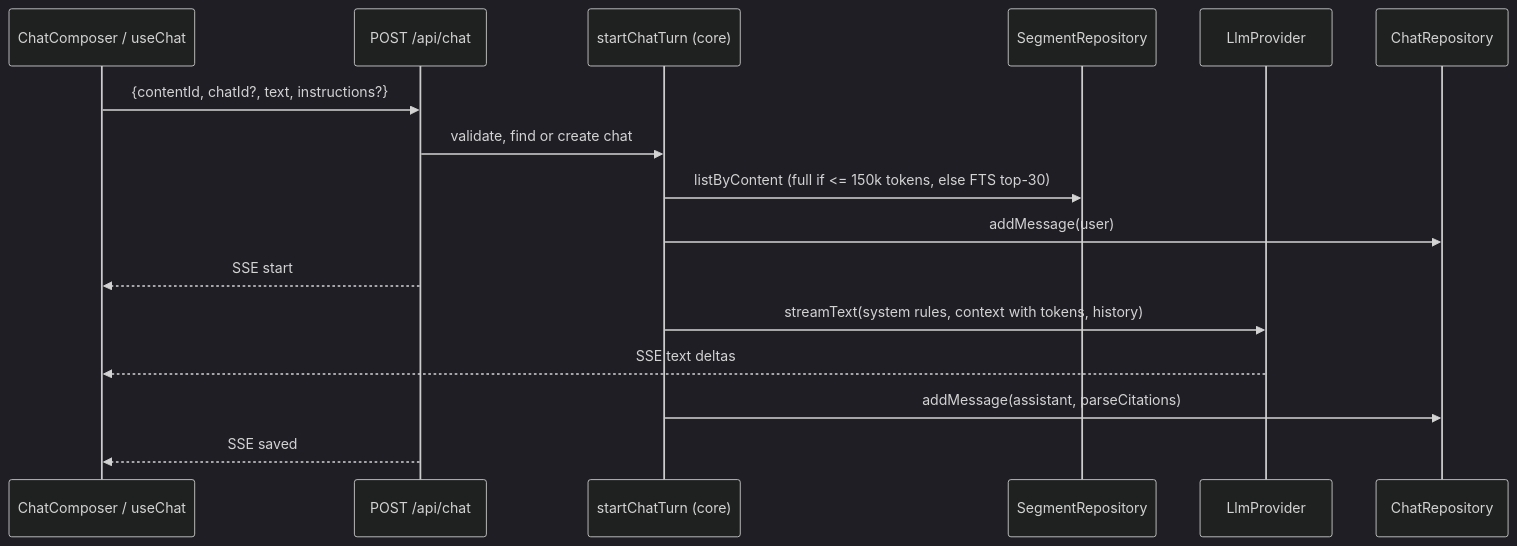
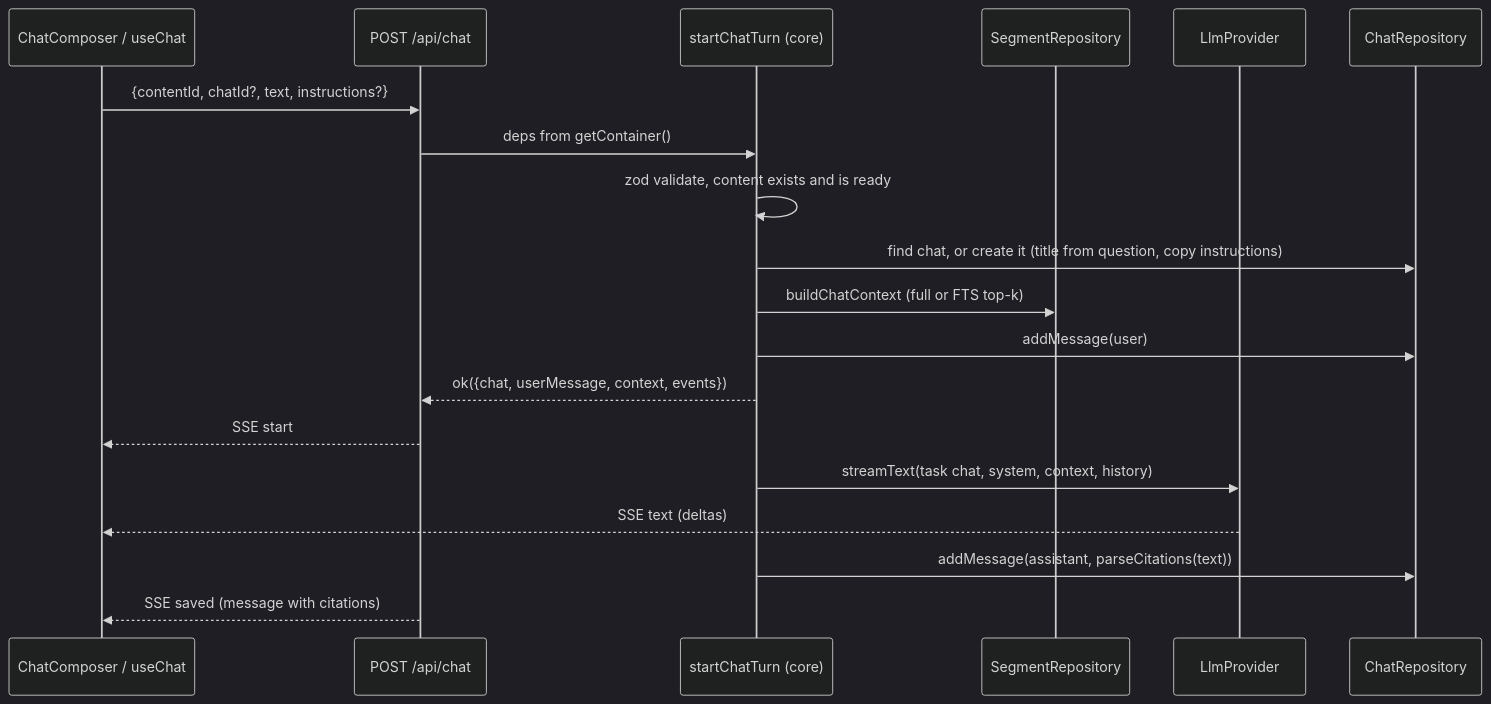
Before and after one commit to huannguyen2114/thoth: the third of 4 diagrams in docs/technical_design/07-content-page-and-chat.md, drawn with Mermaid (dark theme). The commit also changed other lines of this file and 1 other file, not shown here.

First line of the commit message:
fix(content): stop mobile overflow on the content page; complete design doc 07

````diff
--- a/docs/technical_design/07-content-page-and-chat.md
+++ b/docs/technical_design/07-content-page-and-chat.md
@@ -22,18 +89,21 @@
 ```mermaid
 sequenceDiagram
   participant UI as ChatComposer / useChat
   participant R as POST /api/chat
   participant UC as startChatTurn (core)
   participant S as SegmentRepository
   participant L as LlmProvider
   participant C as ChatRepository
   UI->>R: {contentId, chatId?, text, instructions?}
-  R->>UC: validate, find or create chat
-  UC->>S: listByContent (full if <= 150k tokens, else FTS top-30)
+  R->>UC: deps from getContainer()
+  UC->>UC: zod validate, content exists and is ready
+  UC->>C: find chat, or create it (title from question, copy instructions)
+  UC->>S: buildChatContext (full or FTS top-k)
   UC->>C: addMessage(user)
+  UC-->>R: ok({chat, userMessage, context, events})
   R-->>UI: SSE start
-  UC->>L: streamText(system rules, context with tokens, history)
-  L-->>UI: SSE text deltas
-  UC->>C: addMessage(assistant, parseCitations)
-  R-->>UI: SSE saved
+  UC->>L: streamText(task chat, system, context, history)
+  L-->>UI: SSE text (deltas)
+  UC->>C: addMessage(assistant, parseCitations(text))
+  R-->>UI: SSE saved (message with citations)
 ```
````
